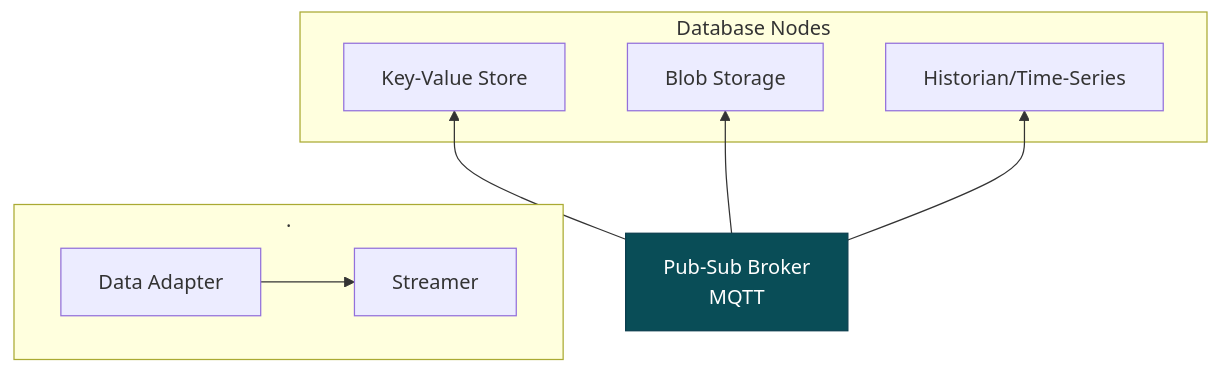
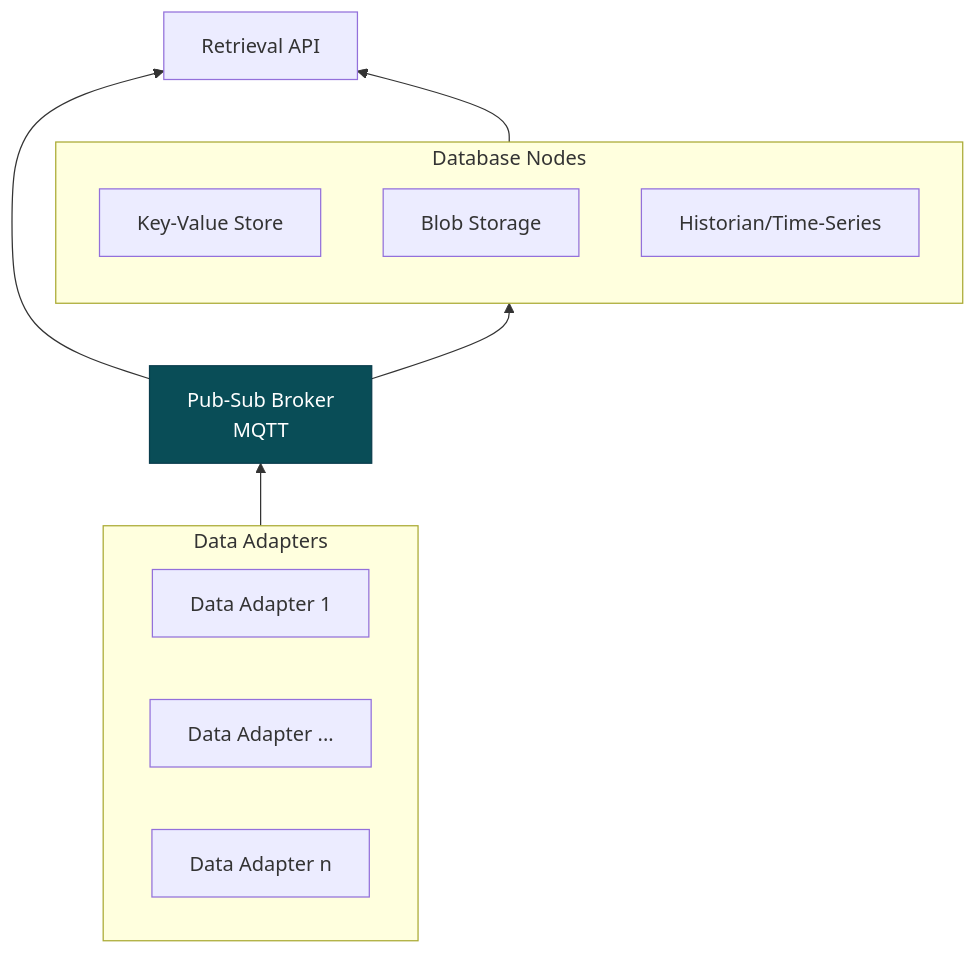
Before and after one commit to cmu-mfi/ddb: the diagram in doc/pages/overview.md, drawn with Mermaid. The commit also changed other lines of this file and 16 other files, not shown here.

````diff
--- a/doc/pages/overview.md
+++ b/doc/pages/overview.md
@@ -34,22 +17,28 @@
 ```{mermaid}
 flowchart BT
-    subgraph Input["."]
+    subgraph Input["Data Adapters"]
         direction LR
-        DA[Data Adapter] --> S[Streamer]
+        DA1[Data Adapter 1]
+        DAx[Data Adapter ...]
+        DAn[Data Adapter n]
     end
 
     MQTT[Pub-Sub Broker<br>MQTT]
 
     subgraph Storage["Database Nodes"]
         KV[Key-Value Store]
         BLOB[Blob Storage]
         HISTORIAN[Historian/Time-Series]
     end
 
-    MQTT --> KV
-    MQTT --> BLOB
-    MQTT --> HISTORIAN
+    Retrieval[Retrieval API]
+
+    Input --> MQTT
+    MQTT --> Storage
+    MQTT --> Retrieval
+    Storage --> Retrieval
+
 
     classDef highlight fill:#094d57,stroke:#0a3d4d,color:white
     class MQTT highlight
 ```
````
